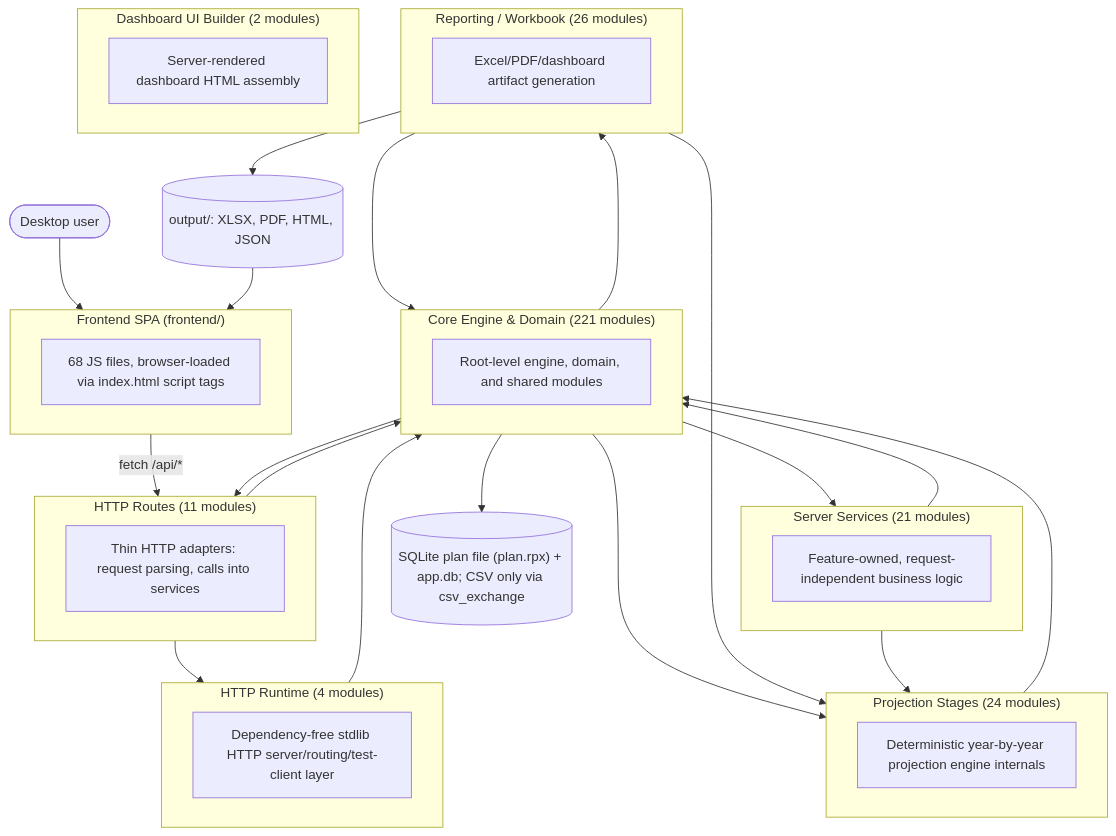
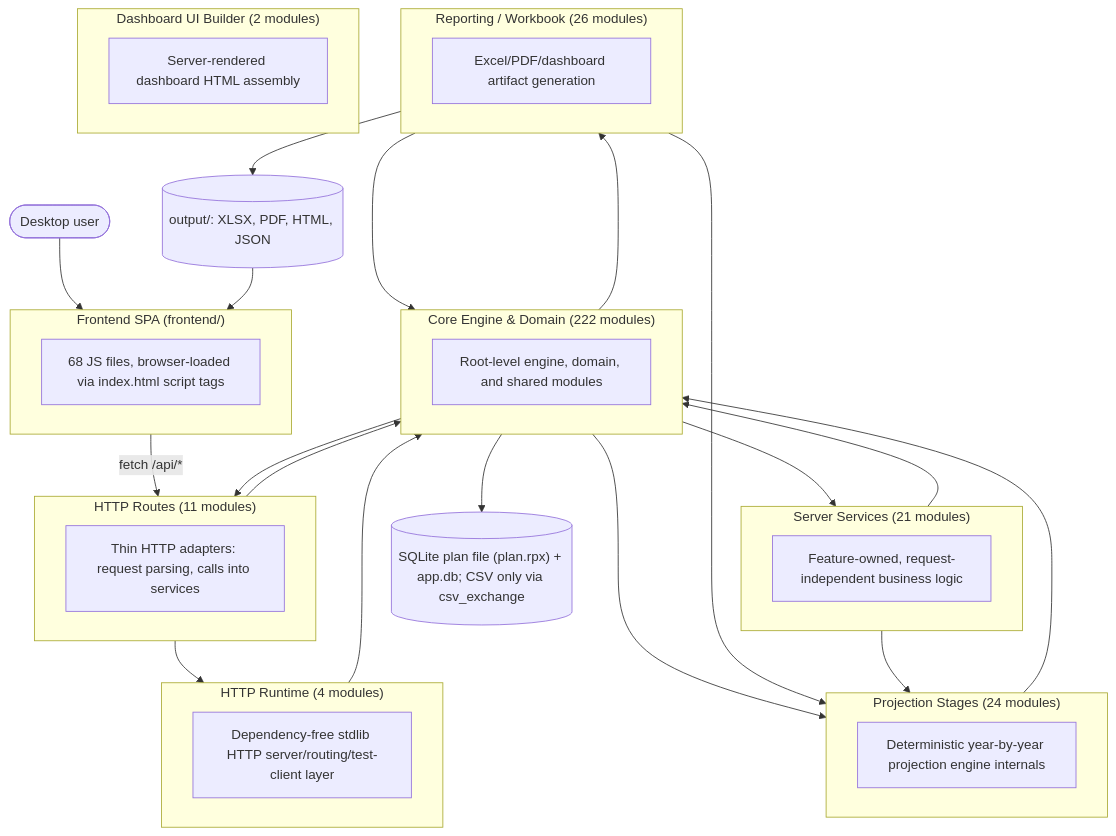
The first of 2 diagrams in documentation/reference/SYSTEM_ARCHITECTURE_DIAGRAM.md (matthartzman/retirement_system), drawn with Mermaid before and after one commit. The commit also changed other lines of this file and 8 other files, not shown here.

````diff
--- a/documentation/reference/SYSTEM_ARCHITECTURE_DIAGRAM.md
+++ b/documentation/reference/SYSTEM_ARCHITECTURE_DIAGRAM.md
@@ -11,44 +11,44 @@
 ```mermaid
 flowchart TB
     User(["Desktop user"]) --> FE
     subgraph FE["Frontend SPA (frontend/)"]
         FEcount["68 JS files, browser-loaded via index.html script tags"]
     end
     FE -->|fetch /api/*| L_HTTP_Routes
     subgraph L_HTTP_Routes["HTTP Routes (11 modules)"]
         L_HTTP_Routes_d["Thin HTTP adapters: request parsing, calls into services"]
     end
     subgraph L_Server_Services["Server Services (21 modules)"]
         L_Server_Services_d["Feature-owned, request-independent business logic"]
     end
     subgraph L_HTTP_Runtime["HTTP Runtime (4 modules)"]
         L_HTTP_Runtime_d["Dependency-free stdlib HTTP server/routing/test-client layer"]
     end
-    subgraph L_Core_Engine___Domain["Core Engine & Domain (221 modules)"]
+    subgraph L_Core_Engine___Domain["Core Engine & Domain (222 modules)"]
         L_Core_Engine___Domain_d["Root-level engine, domain, and shared modules"]
     end
     subgraph L_Projection_Stages["Projection Stages (24 modules)"]
         L_Projection_Stages_d["Deterministic year-by-year projection engine internals"]
     end
     subgraph L_Reporting___Workbook["Reporting / Workbook (26 modules)"]
         L_Reporting___Workbook_d["Excel/PDF/dashboard artifact generation"]
     end
     subgraph L_Dashboard_UI_Builder["Dashboard UI Builder (2 modules)"]
         L_Dashboard_UI_Builder_d["Server-rendered dashboard HTML assembly"]
     end
     L_Core_Engine___Domain --> L_HTTP_Routes
     L_Core_Engine___Domain --> L_Projection_Stages
     L_Core_Engine___Domain --> L_Reporting___Workbook
     L_Core_Engine___Domain --> L_Server_Services
     L_HTTP_Routes --> L_Core_Engine___Domain
     L_HTTP_Routes --> L_HTTP_Runtime
     L_HTTP_Runtime --> L_Core_Engine___Domain
     L_Projection_Stages --> L_Core_Engine___Domain
     L_Reporting___Workbook --> L_Core_Engine___Domain
     L_Reporting___Workbook --> L_Projection_Stages
     L_Server_Services --> L_Core_Engine___Domain
     L_Server_Services --> L_Projection_Stages
     L_Core_Engine___Domain --> DB[("SQLite plan file (plan.rpx) + app.db; CSV only via csv_exchange")]
     L_Reporting___Workbook --> Outputs[("output/: XLSX, PDF, HTML, JSON")]
     Outputs --> FE
 ```
````
